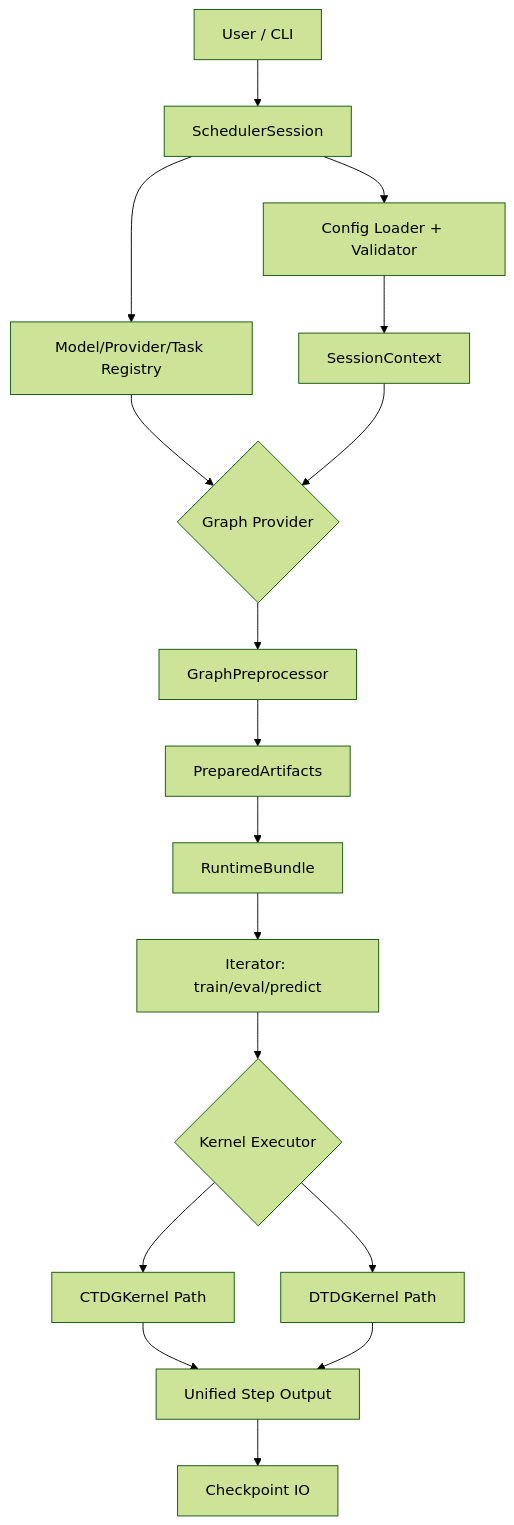
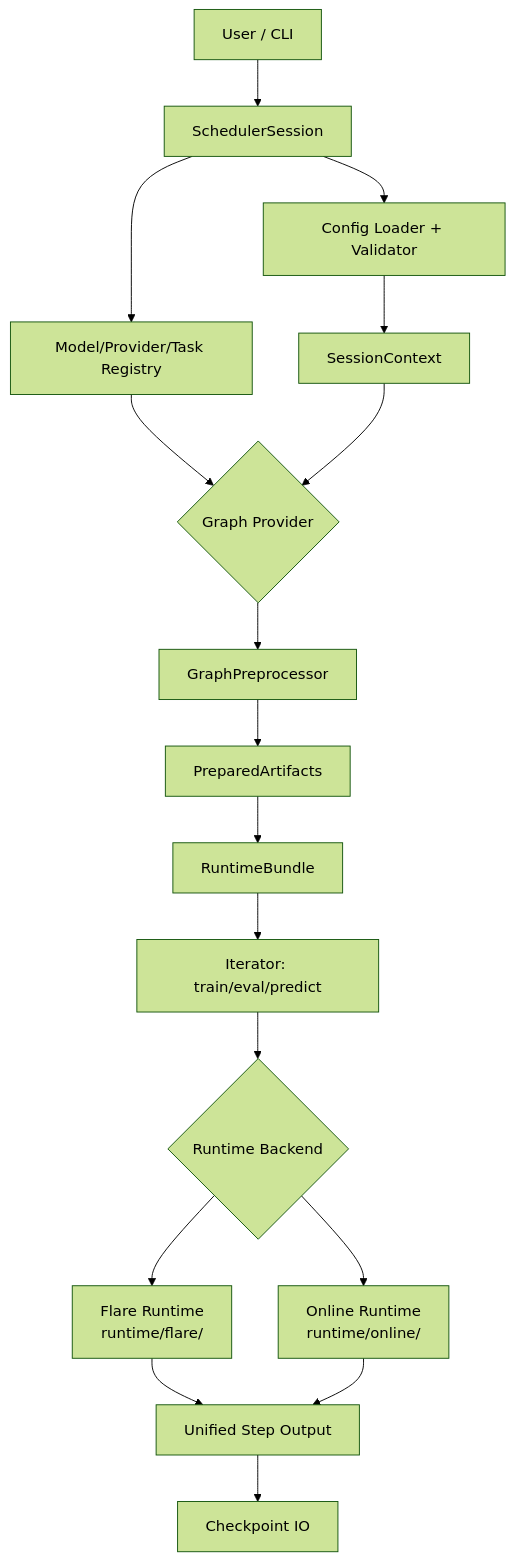
Before and after one commit to zhljJoan/starrygl-unidynGraph: the first of 5 diagrams in docs/project_architecture.zh-CN.md, drawn with Mermaid (forest theme). The commit also changed other lines of this file and 384 other files, not shown here.

````diff
--- a/docs/project_architecture.zh-CN.md
+++ b/docs/project_architecture.zh-CN.md
@@ -23,22 +23,22 @@
 ```mermaid
 flowchart TD
     U[User / CLI] --> S[SchedulerSession]
     S --> CFG[Config Loader + Validator]
     S --> REG[Model/Provider/Task Registry]
     CFG --> Ctx[SessionContext]
     REG --> P{Graph Provider}
     Ctx --> P
 
     P --> PRE[GraphPreprocessor]
     PRE --> ART[PreparedArtifacts]
     ART --> RT[RuntimeBundle]
 
     RT --> IT[Iterator: train/eval/predict]
-    IT --> K{Kernel Executor}
-    K --> CT[CTDGKernel Path]
-    K --> DT[DTDGKernel Path]
+    IT --> RB{Runtime Backend}
+    RB --> FR[Flare Runtime<br/>runtime/flare/]
+    RB --> OR[Online Runtime<br/>runtime/online/]
 
-    CT --> OUT[Unified Step Output]
-    DT --> OUT
+    FR --> OUT[Unified Step Output]
+    OR --> OUT
     OUT --> CK[Checkpoint IO]
 ```
````
